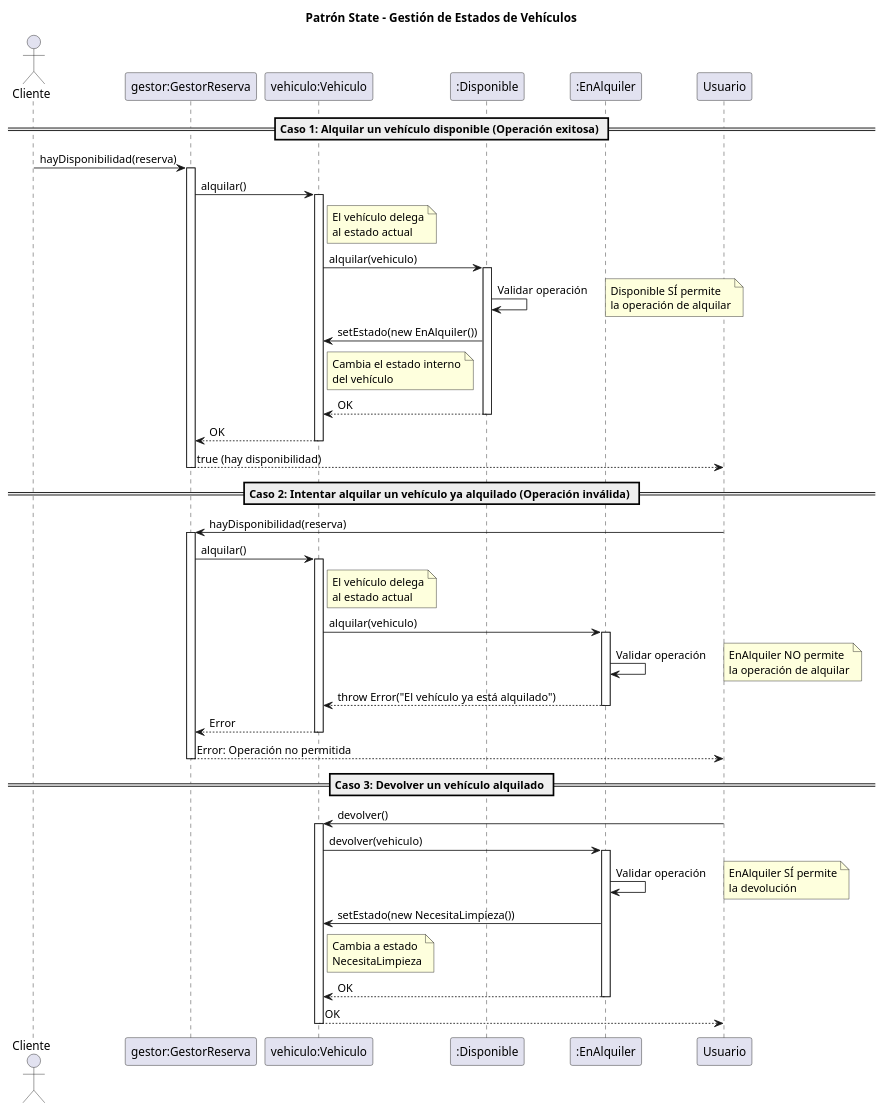
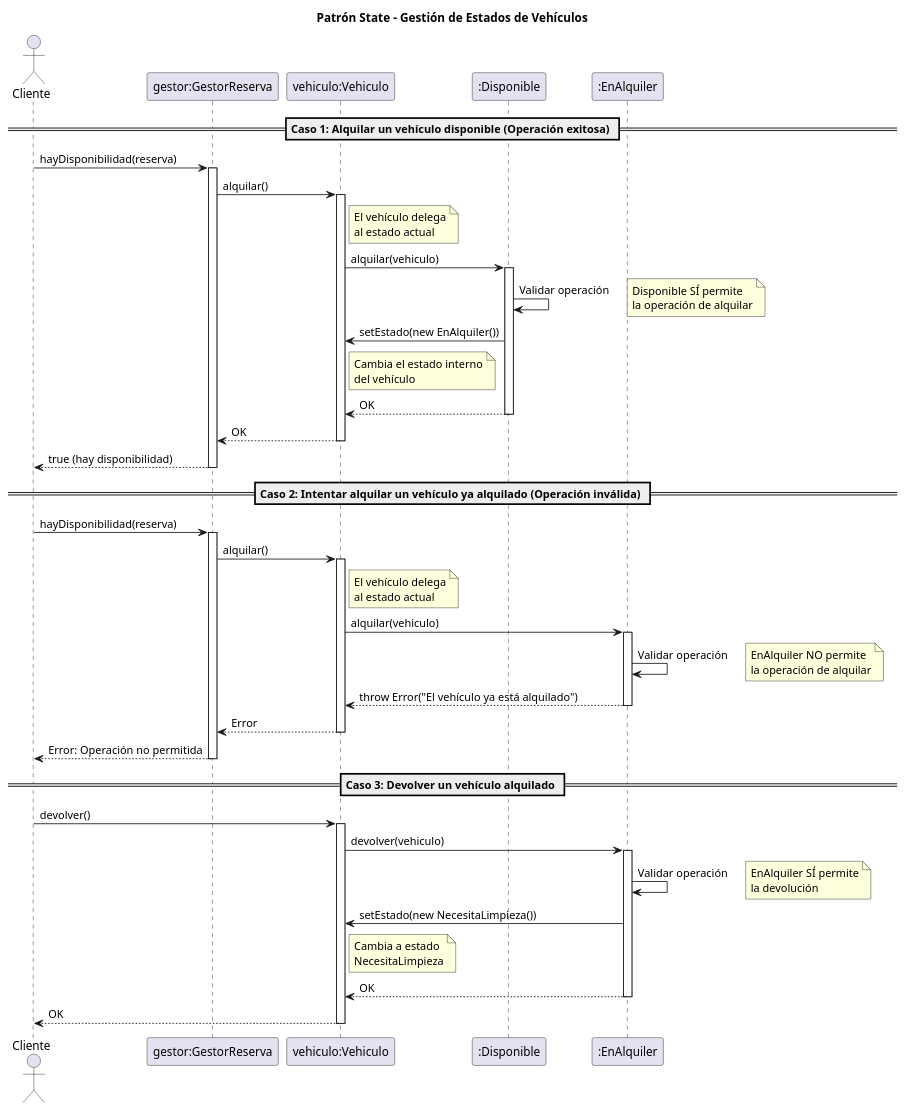
Before and after one commit to LauEroles/TP-Progra2-DriveHub: the diagram in Diagramas/diagramaSecuencia3-PD-State.puml, drawn with PlantUML. The commit also changed 1 other file, not shown here.

Commit message:
elimine clase enMantenimiento que ya tiene Vero y cambios en diagrama secuencia state

```diff
--- a/Diagramas/diagramaSecuencia3-PD-State.puml
+++ b/Diagramas/diagramaSecuencia3-PD-State.puml
@@ -1,82 +1,82 @@
 @startuml Diagrama de Secuencia - Patrón State
 
 title Patrón State - Gestión de Estados de Vehículos
 
 actor Cliente
 participant "gestor:GestorReserva" as GestorReserva
 participant "vehiculo:Vehiculo" as Vehiculo
 participant ":Disponible" as EstadoDisponible
 participant ":EnAlquiler" as EstadoAlquilado
 
 == Caso 1: Alquilar un vehículo disponible (Operación exitosa) ==
 
 Cliente -> GestorReserva: hayDisponibilidad(reserva)
 activate GestorReserva
 
 GestorReserva -> Vehiculo: alquilar()
 activate Vehiculo
 note right of Vehiculo: El vehículo delega\nal estado actual
 
 Vehiculo -> EstadoDisponible: alquilar(vehiculo)
 activate EstadoDisponible
 
 EstadoDisponible -> EstadoDisponible: Validar operación
 note right: Disponible SÍ permite\nla operación de alquilar
 
 EstadoDisponible -> Vehiculo: setEstado(new EnAlquiler())
 note right of Vehiculo: Cambia el estado interno\ndel vehículo
 
 EstadoDisponible --> Vehiculo: OK
 deactivate EstadoDisponible
 
 Vehiculo --> GestorReserva: OK
 deactivate Vehiculo
 
-GestorReserva --> Usuario: true (hay disponibilidad)
+GestorReserva --> Cliente: true (hay disponibilidad)
 deactivate GestorReserva
 
 == Caso 2: Intentar alquilar un vehículo ya alquilado (Operación inválida) ==
 
-Usuario -> GestorReserva: hayDisponibilidad(reserva)
+Cliente -> GestorReserva: hayDisponibilidad(reserva)
 activate GestorReserva
 
 GestorReserva -> Vehiculo: alquilar()
 activate Vehiculo
 note right of Vehiculo: El vehículo delega\nal estado actual
 
 Vehiculo -> EstadoAlquilado: alquilar(vehiculo)
 activate EstadoAlquilado
 
 EstadoAlquilado -> EstadoAlquilado: Validar operación
 note right: EnAlquiler NO permite\nla operación de alquilar
 
 EstadoAlquilado --> Vehiculo: throw Error("El vehículo ya está alquilado")
 deactivate EstadoAlquilado
 
 Vehiculo --> GestorReserva: Error
 deactivate Vehiculo
 
-GestorReserva --> Usuario: Error: Operación no permitida
+GestorReserva --> Cliente: Error: Operación no permitida
 deactivate GestorReserva
 
 == Caso 3: Devolver un vehículo alquilado ==
 
-Usuario -> Vehiculo: devolver()
+Cliente -> Vehiculo: devolver()
 activate Vehiculo
 
 Vehiculo -> EstadoAlquilado: devolver(vehiculo)
 activate EstadoAlquilado
 
 EstadoAlquilado -> EstadoAlquilado: Validar operación
 note right: EnAlquiler SÍ permite\nla devolución
 
 EstadoAlquilado -> Vehiculo: setEstado(new NecesitaLimpieza())
 note right of Vehiculo: Cambia a estado\nNecesitaLimpieza
 
 EstadoAlquilado --> Vehiculo: OK
 deactivate EstadoAlquilado
 
-Vehiculo --> Usuario: OK
+Vehiculo --> Cliente: OK
 deactivate Vehiculo
 
 @enduml
```
